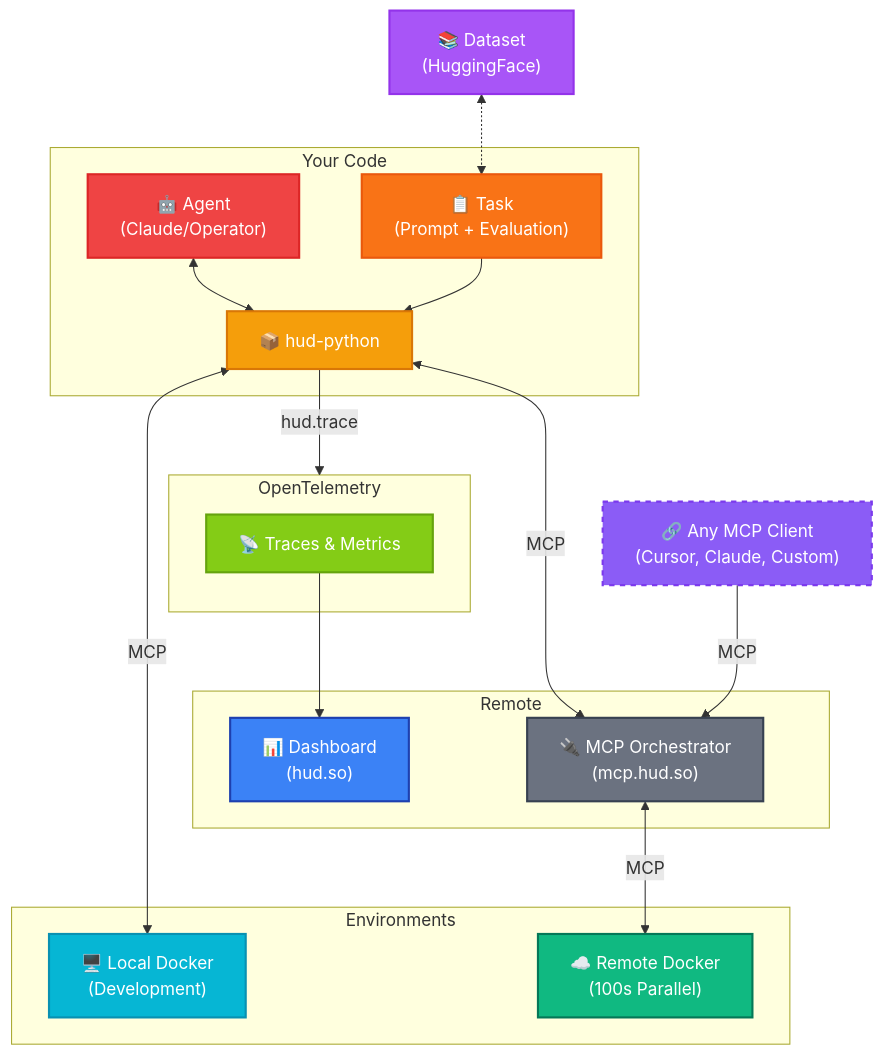
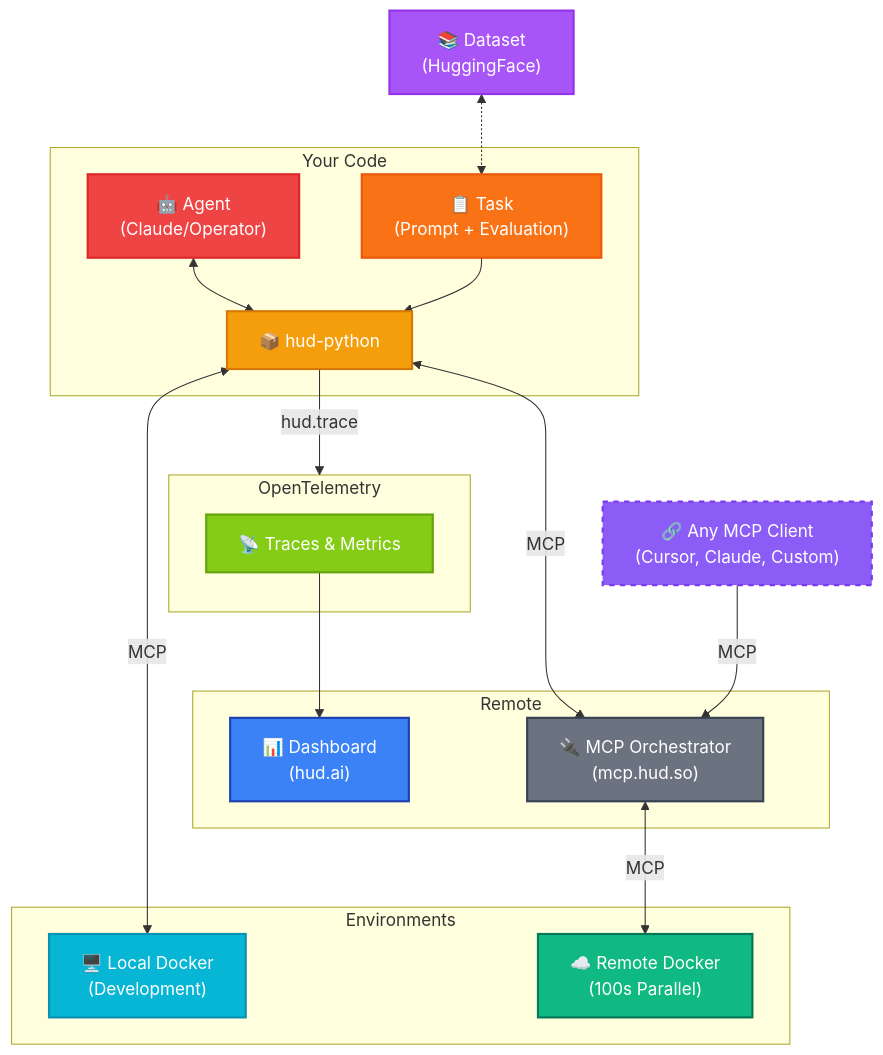
The diagram in docs/core-concepts/architecture.mdx (shfunc/hud-python), drawn with Mermaid before and after one commit. The commit also changed other lines of this file and 18 other files, not shown here.

````diff
--- a/docs/core-concepts/architecture.mdx
+++ b/docs/core-concepts/architecture.mdx
@@ -11,48 +11,48 @@
 ```mermaid
 graph TB
     subgraph "Remote"
-        Dashboard["📊 Dashboard<br/>(hud.so)"]
+        Dashboard["📊 Dashboard<br/>(hud.ai)"]
         API["🔌 MCP Orchestrator<br/>(mcp.hud.so)"]
     end
     
     subgraph Code["Your Code"]
         Agent["🤖 Agent<br/>(Claude/Operator)"]
         Task["📋 Task<br/>(Prompt + Evaluation)"]
         SDK["📦 hud-python"]
     end
     
     subgraph "Environments"
         LocalEnv["🖥️ Local Docker<br/>(Development)"]
         RemoteEnv["☁️ Remote Docker<br/>(100s Parallel)"]
     end
     
     subgraph "OpenTelemetry"
         Trace["📡 Traces & Metrics"]
     end
     
     Dataset["📚 Dataset<br/>(HuggingFace)"]
     
     AnyMCP["🔗 Any MCP Client<br/>(Cursor, Claude, Custom)"]
     
     Agent <--> SDK
     Task --> SDK
     Dataset <-.-> Task
     SDK <-->|"MCP"| LocalEnv
     SDK <-->|"MCP"| API
     API  <-->|"MCP"| RemoteEnv
     SDK  -->|"hud.trace"| OpenTelemetry
     Trace --> Dashboard
     AnyMCP -->|"MCP"| API
     
     style Dashboard fill:#3b82f6,stroke:#1e40af,stroke-width:2px,color:#ffffff
     style API fill:#6b7280,stroke:#374151,stroke-width:2px,color:#ffffff
     style Agent fill:#ef4444,stroke:#dc2626,stroke-width:2px,color:#ffffff
     style Task fill:#f97316,stroke:#ea580c,stroke-width:2px,color:#ffffff
     style SDK fill:#f59e0b,stroke:#d97706,stroke-width:2px,color:#ffffff
     style LocalEnv fill:#06b6d4,stroke:#0891b2,stroke-width:2px,color:#ffffff
     style RemoteEnv fill:#10b981,stroke:#047857,stroke-width:2px,color:#ffffff
     style Trace fill:#84cc16,stroke:#65a30d,stroke-width:2px,color:#ffffff
     style Dataset fill:#a855f7,stroke:#9333ea,stroke-width:2px,color:#ffffff
     style AnyMCP fill:#8b5cf6,stroke:#7c3aed,stroke-width:2px,color:#ffffff,stroke-dasharray: 5 5
   
 ```
````
